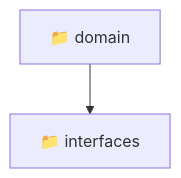
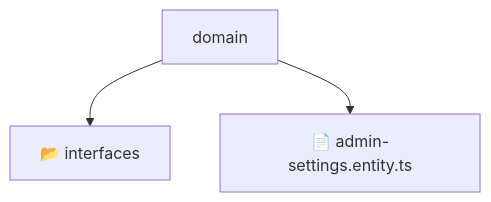
The diagram in backend/src/modules/admin-settings/domain/README.md (beginwebdev2002/fullstack-mavluda), drawn with Mermaid before and after one commit. The commit also changed other lines of this file and 155 other files, not shown here.

````diff
--- a/backend/src/modules/admin-settings/domain/README.md
+++ b/backend/src/modules/admin-settings/domain/README.md
@@ -10,5 +14,6 @@
 ```mermaid
 graph TD
-  Root["📁 domain"]
-  Root --> interfaces["📁 interfaces"]
+    Root[domain]
+    Root --> F0[📂 interfaces]
+    Root --> F1[📄 admin-settings.entity.ts]
 ```
````
